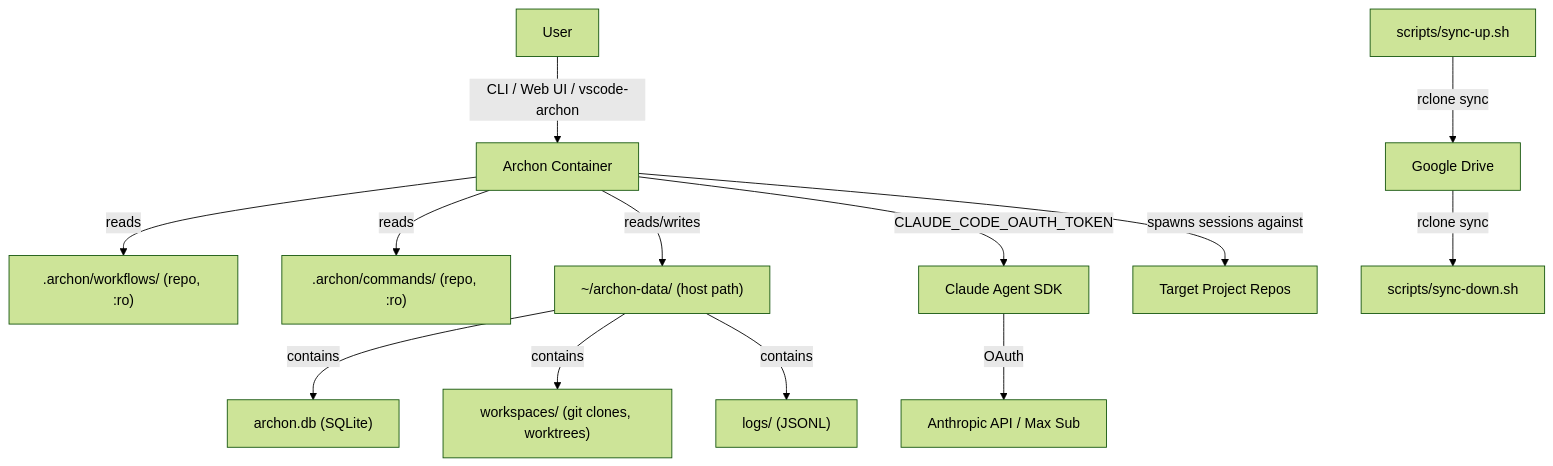
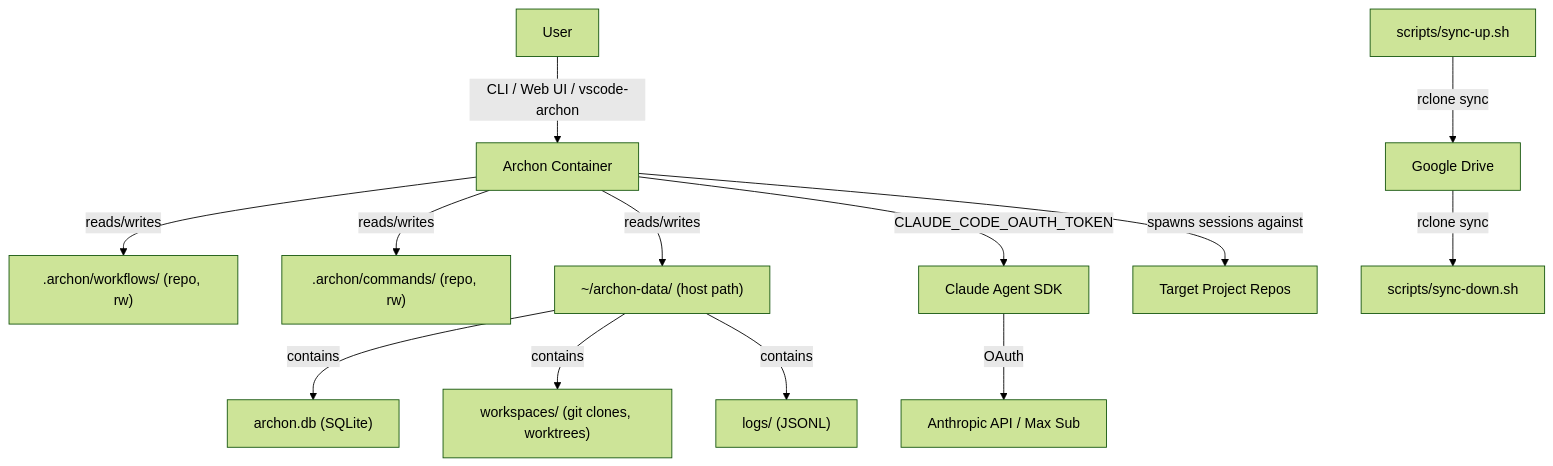
The diagram in .claude/docs/architecture.md (Thummpy/archon_core), drawn with Mermaid (forest theme) before and after one commit.

````diff
--- a/.claude/docs/architecture.md
+++ b/.claude/docs/architecture.md
@@ -7,15 +7,15 @@
 ```mermaid
 graph TD
     U[User] -->|CLI / Web UI / vscode-archon| A[Archon Container]
-    A -->|reads| W[".archon/workflows/ (repo, :ro)"]
-    A -->|reads| C[".archon/commands/ (repo, :ro)"]
+    A -->|reads/writes| W[".archon/workflows/ (repo, rw)"]
+    A -->|reads/writes| C[".archon/commands/ (repo, rw)"]
     A -->|reads/writes| D["~/archon-data/ (host path)"]
     D -->|contains| DB["archon.db (SQLite)"]
     D -->|contains| WS["workspaces/ (git clones, worktrees)"]
     D -->|contains| LG["logs/ (JSONL)"]
     A -->|CLAUDE_CODE_OAUTH_TOKEN| SDK[Claude Agent SDK]
     SDK -->|OAuth| API[Anthropic API / Max Sub]
     A -->|spawns sessions against| R[Target Project Repos]
     SC["scripts/sync-up.sh"] -->|rclone sync| GD[Google Drive]
     GD -->|rclone sync| SC2["scripts/sync-down.sh"]
 ```
````
